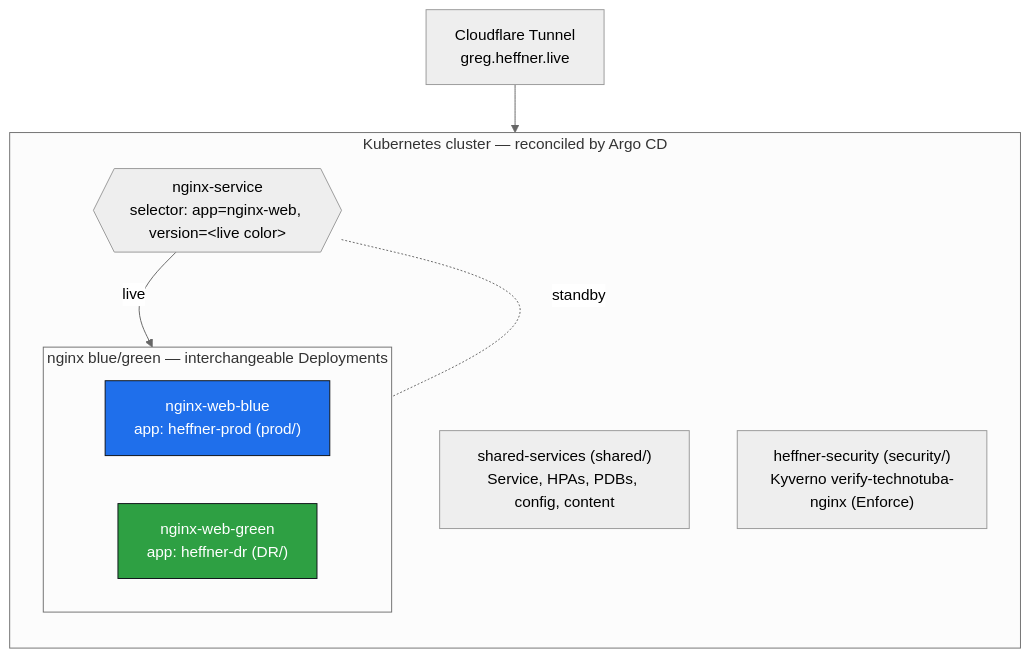
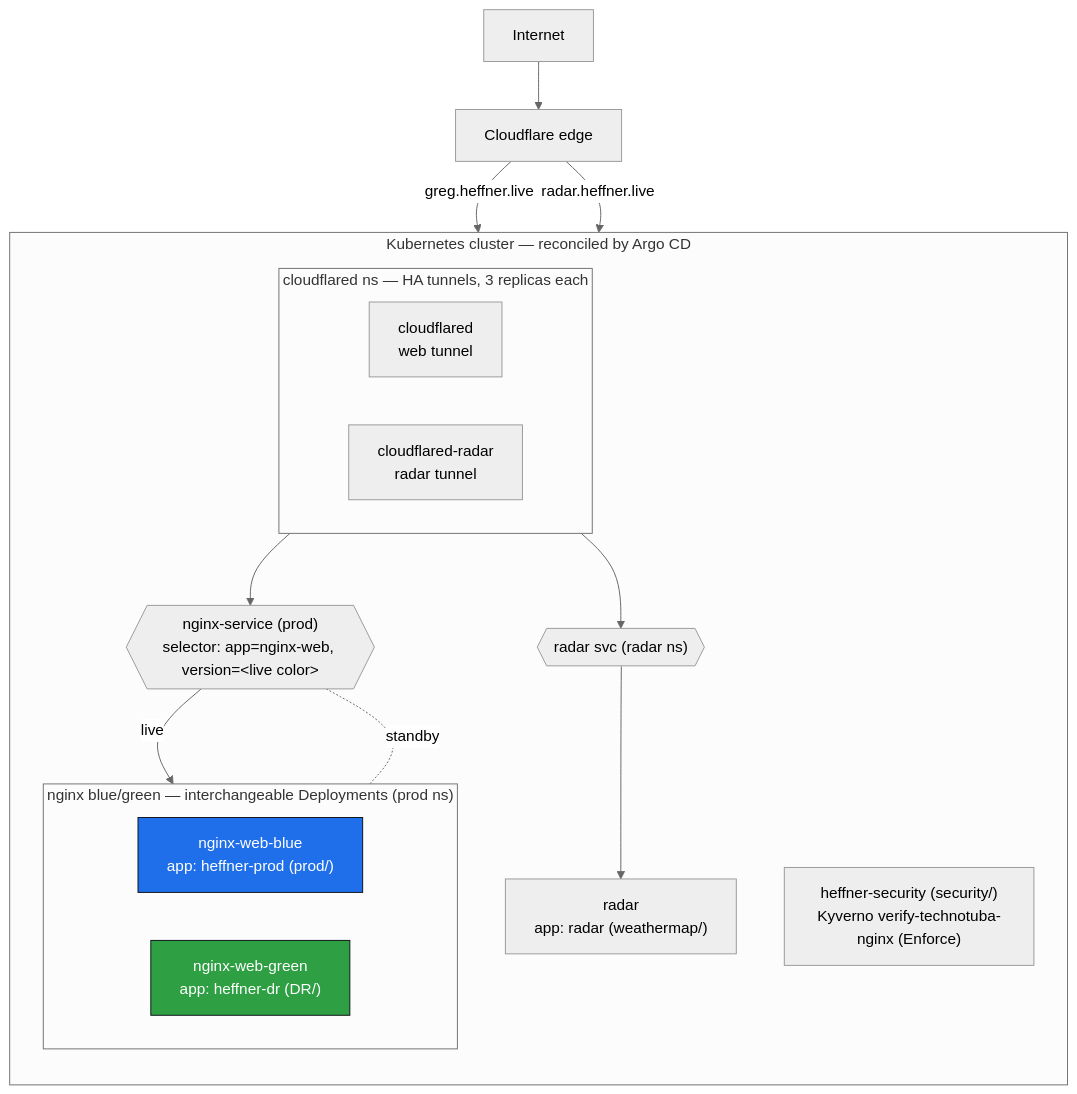
Before and after one commit to gregheffner/cicd: the first of 2 diagrams in README.md, drawn with Mermaid (neutral theme). The commit also changed other lines of this file and 17 other files, not shown here.

````diff
--- a/README.md
+++ b/README.md
@@ -59,21 +62,30 @@
 ```mermaid
 flowchart TB
-    cf["Cloudflare Tunnel<br/>greg.heffner.live"] --> svc
+    net["Internet"] --> cfe["Cloudflare edge"]
+    cfe -->|greg.heffner.live| t1
+    cfe -->|radar.heffner.live| t2
     subgraph cluster["Kubernetes cluster — reconciled by Argo CD"]
         direction TB
-        svc{{"nginx-service<br/>selector: app=nginx-web, version=&lt;live color&gt;"}}
-        subgraph colors["nginx blue/green — interchangeable Deployments"]
+        subgraph cfns["cloudflared ns — HA tunnels, 3 replicas each"]
+            direction LR
+            t1["cloudflared<br/>web tunnel"]
+            t2["cloudflared-radar<br/>radar tunnel"]
+        end
+        svc{{"nginx-service (prod)<br/>selector: app=nginx-web, version=&lt;live color&gt;"}}
+        subgraph colors["nginx blue/green — interchangeable Deployments (prod ns)"]
             direction LR
             b["nginx-web-blue<br/>app: heffner-prod (prod/)"]
             g["nginx-web-green<br/>app: heffner-dr (DR/)"]
         end
+        t1 --> svc
         svc -->|live| b
         svc -. standby .- g
-        cfg["shared-services (shared/)<br/>Service, HPAs, PDBs, config, content"]
+        rsvc{{"radar svc (radar ns)"}}
+        t2 --> rsvc --> rd["radar<br/>app: radar (weathermap/)"]
         ky["heffner-security (security/)<br/>Kyverno verify-technotuba-nginx (Enforce)"]
     end
     classDef blue fill:#1f6feb,stroke:#0d1117,color:#fff;
     classDef green fill:#2ea043,stroke:#0d1117,color:#fff;
     class b blue
     class g green
 ```
````
